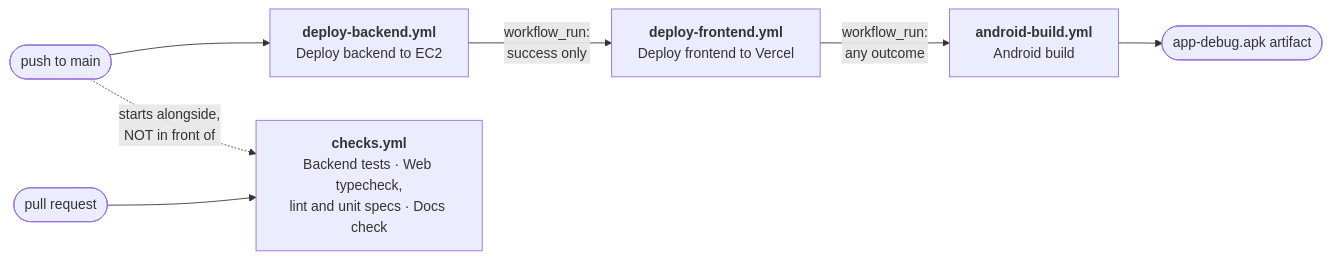
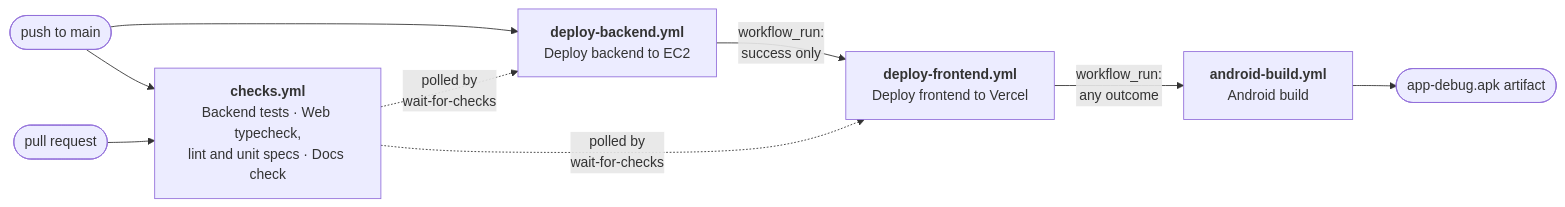
The diagram in docs/CI.md (cxacraftecosystem-ui/designer-portal), drawn with Mermaid before and after one commit. The commit also changed other lines of this file and 223 other files, not shown here.

````diff
--- a/docs/CI.md
+++ b/docs/CI.md
@@ -88,9 +88,11 @@
 ```mermaid
 flowchart LR
-    P([push to main]) --> B["<b>deploy-backend.yml</b><br/>Deploy backend to EC2"]
+    P([push to main]) --> C["<b>checks.yml</b><br/>Backend tests · Web typecheck,<br/>lint and unit specs · Docs check"]
+    P --> B["<b>deploy-backend.yml</b><br/>Deploy backend to EC2"]
+    C -.->|polled by<br/>wait-for-checks| B
     B -->|workflow_run:<br/>success only| F["<b>deploy-frontend.yml</b><br/>Deploy frontend to Vercel"]
+    C -.->|polled by<br/>wait-for-checks| F
     F -->|workflow_run:<br/>any outcome| A["<b>android-build.yml</b><br/>Android build"]
     A --> R([app-debug.apk artifact])
-    P -.->|starts alongside,<br/>NOT in front of| C["<b>checks.yml</b><br/>Backend tests · Web typecheck,<br/>lint and unit specs · Docs check"]
     PR([pull request]) --> C
 ```
````
